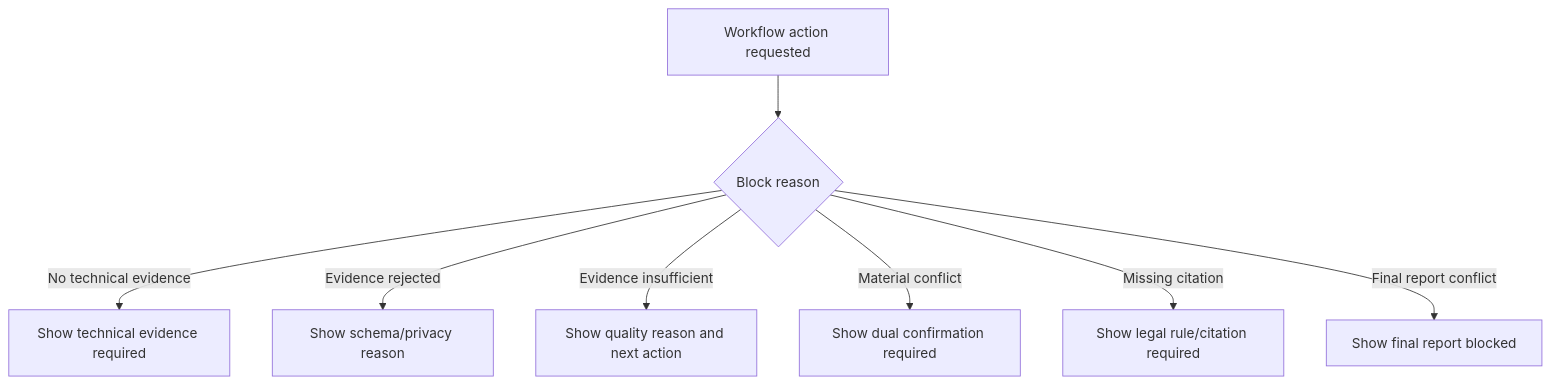
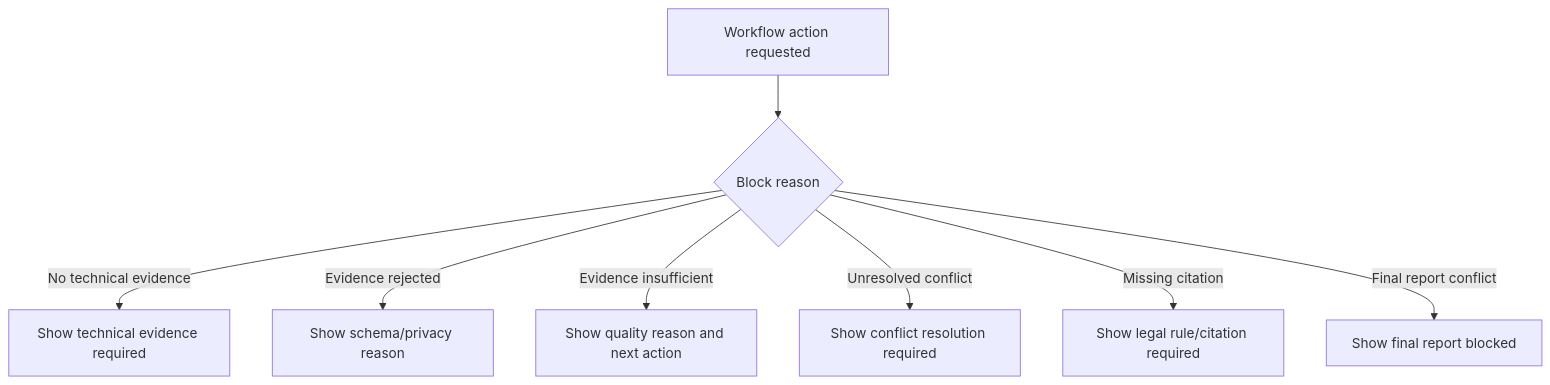
One commit to khovan123/LCSP changed diagram 14 of 14 in docs/design/flowcharts.md. Above: the diagram before and after it, drawn with Mermaid. The commit also changed other lines of this file and 122 other files, not shown here.

````diff
--- a/docs/design/flowcharts.md
+++ b/docs/design/flowcharts.md
@@ -179,10 +256,10 @@
 ```mermaid
 flowchart TD
   A[Workflow action requested] --> B{Block reason}
   B -->|No technical evidence| C[Show technical evidence required]
   B -->|Evidence rejected| D[Show schema/privacy reason]
   B -->|Evidence insufficient| E[Show quality reason and next action]
-  B -->|Material conflict| F[Show dual confirmation required]
+  B -->|Unresolved conflict| F[Show conflict resolution required]
   B -->|Missing citation| G[Show legal rule/citation required]
   B -->|Final report conflict| H[Show final report blocked]
 ```
````
